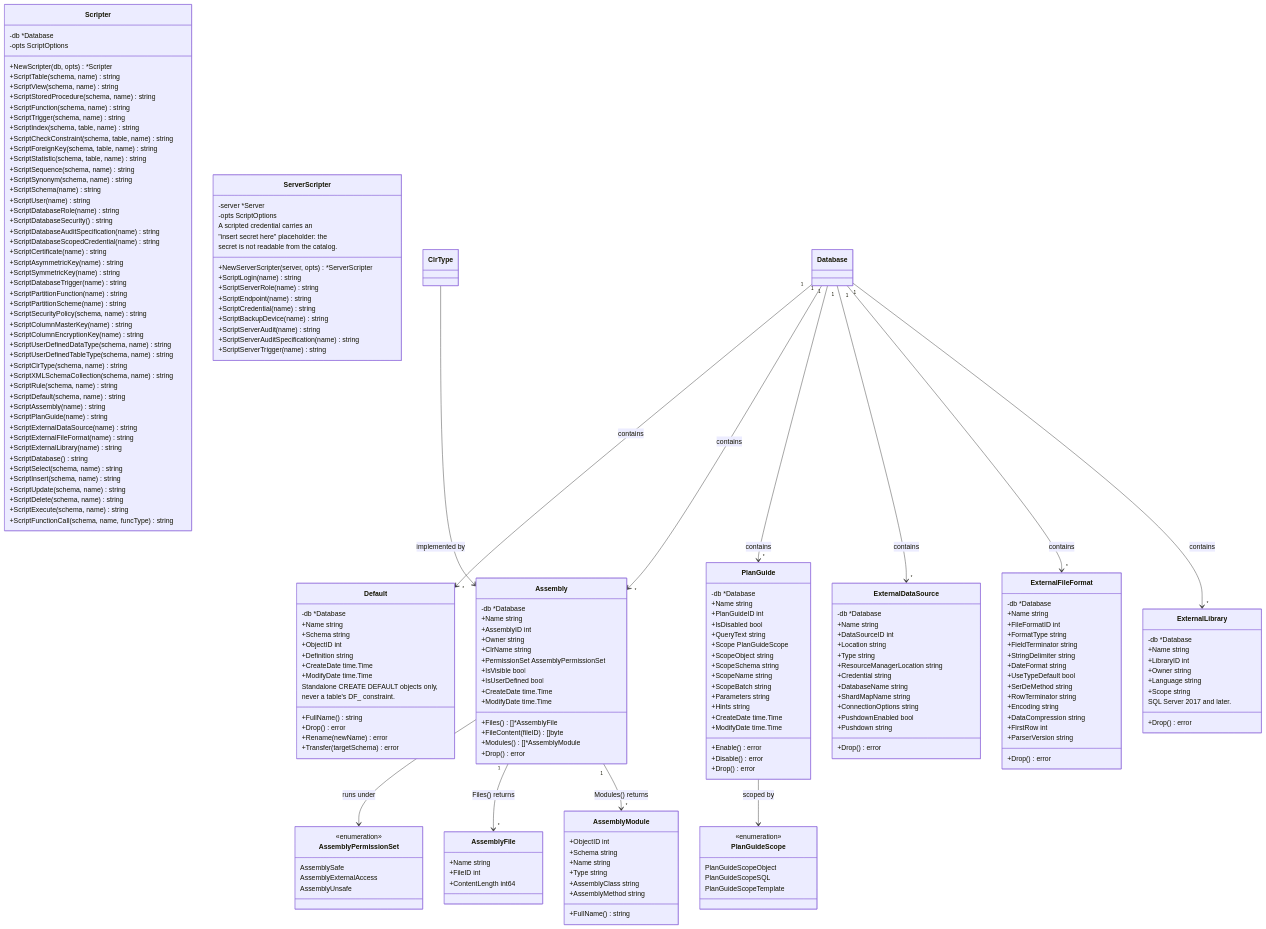
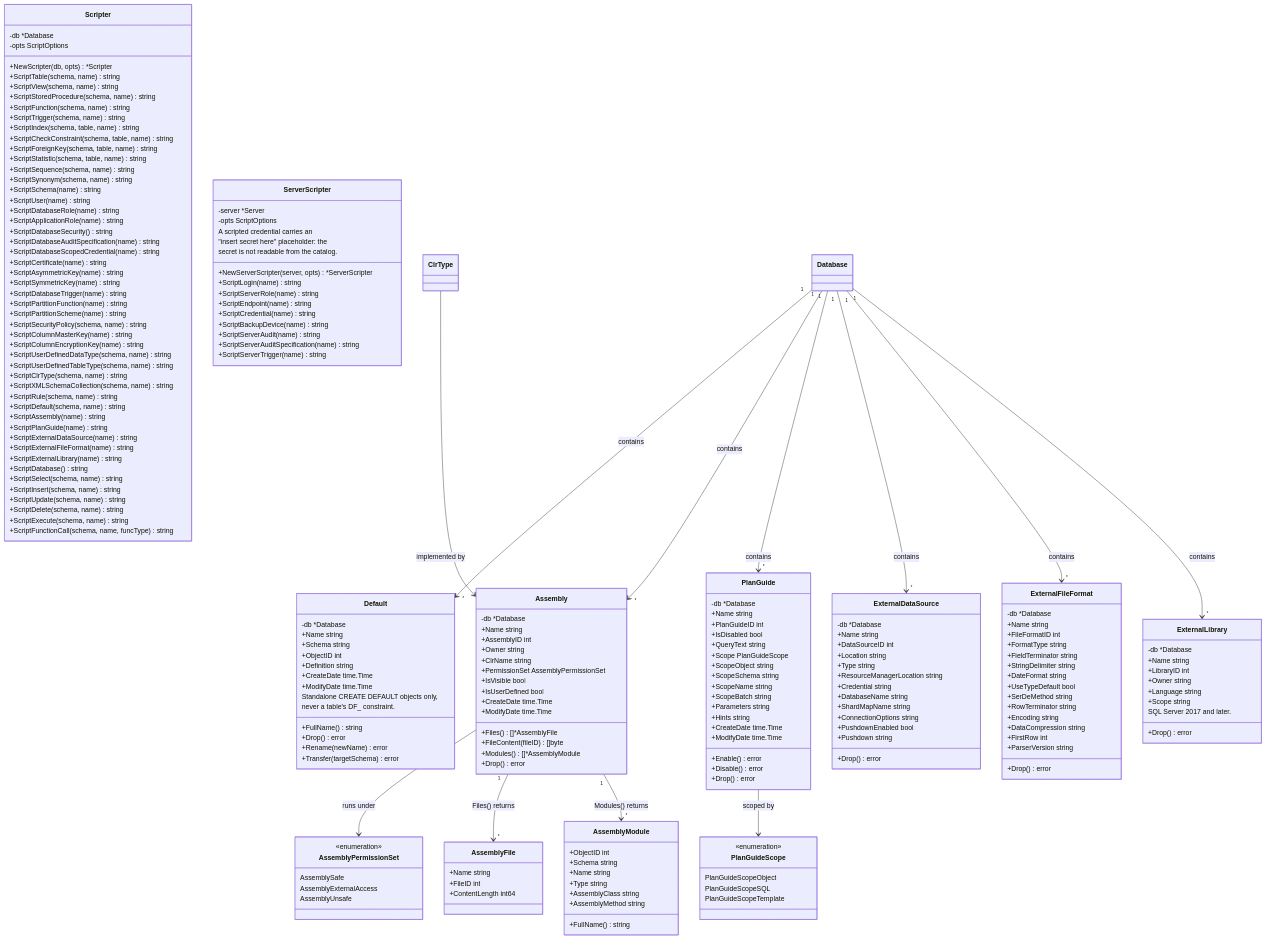
Before and after one commit to radix29/gosmo: the diagram in diagram/12-programmability-and-external.mmd, drawn with Mermaid. The commit also changed 21 other files, not shown here.

```diff
--- a/diagram/12-programmability-and-external.mmd
+++ b/diagram/12-programmability-and-external.mmd
@@ -160,6 +160,7 @@
         +ScriptSchema(name) string
         +ScriptUser(name) string
         +ScriptDatabaseRole(name) string
+        +ScriptApplicationRole(name) string
         +ScriptDatabaseSecurity() string
         +ScriptDatabaseAuditSpecification(name) string
         +ScriptDatabaseScopedCredential(name) string
```
